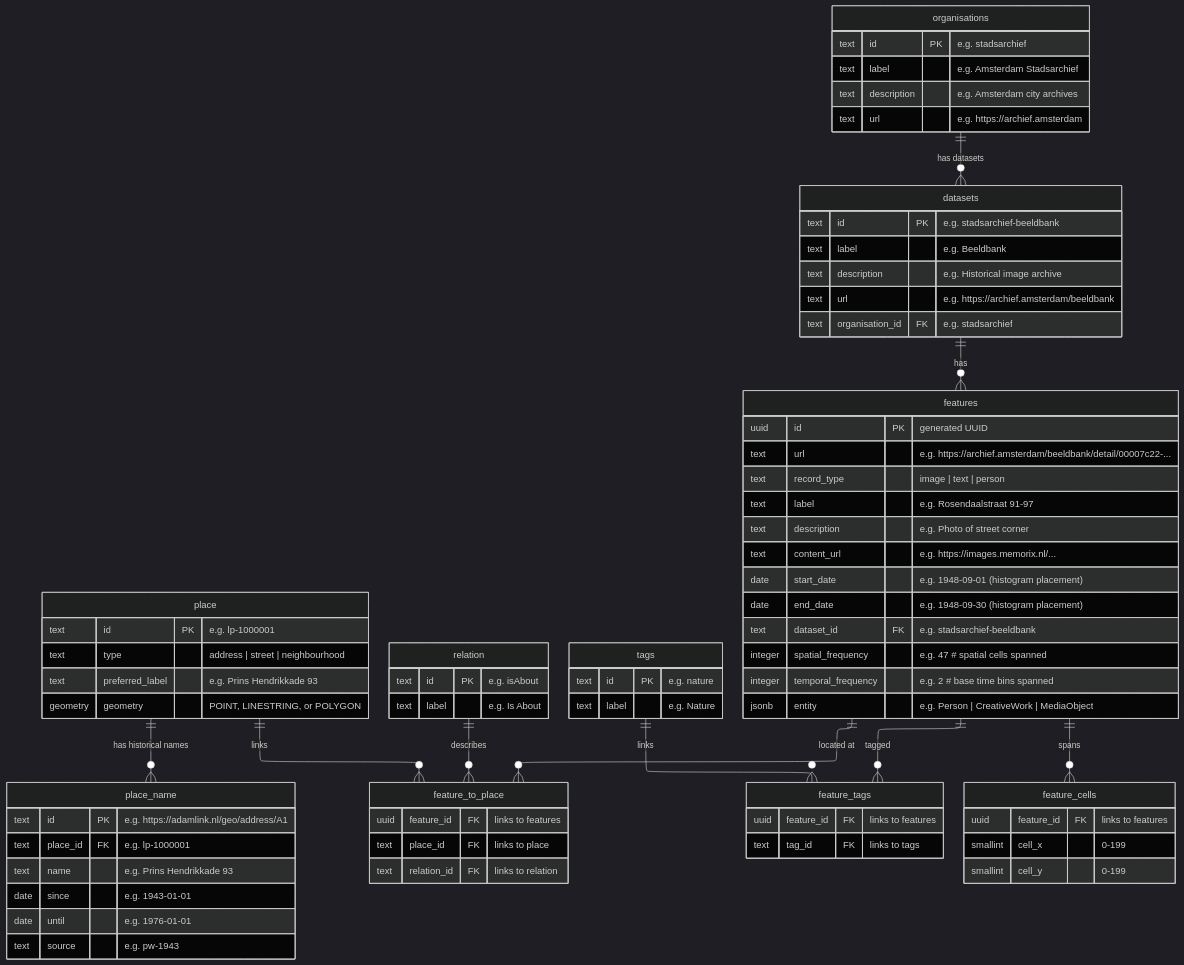
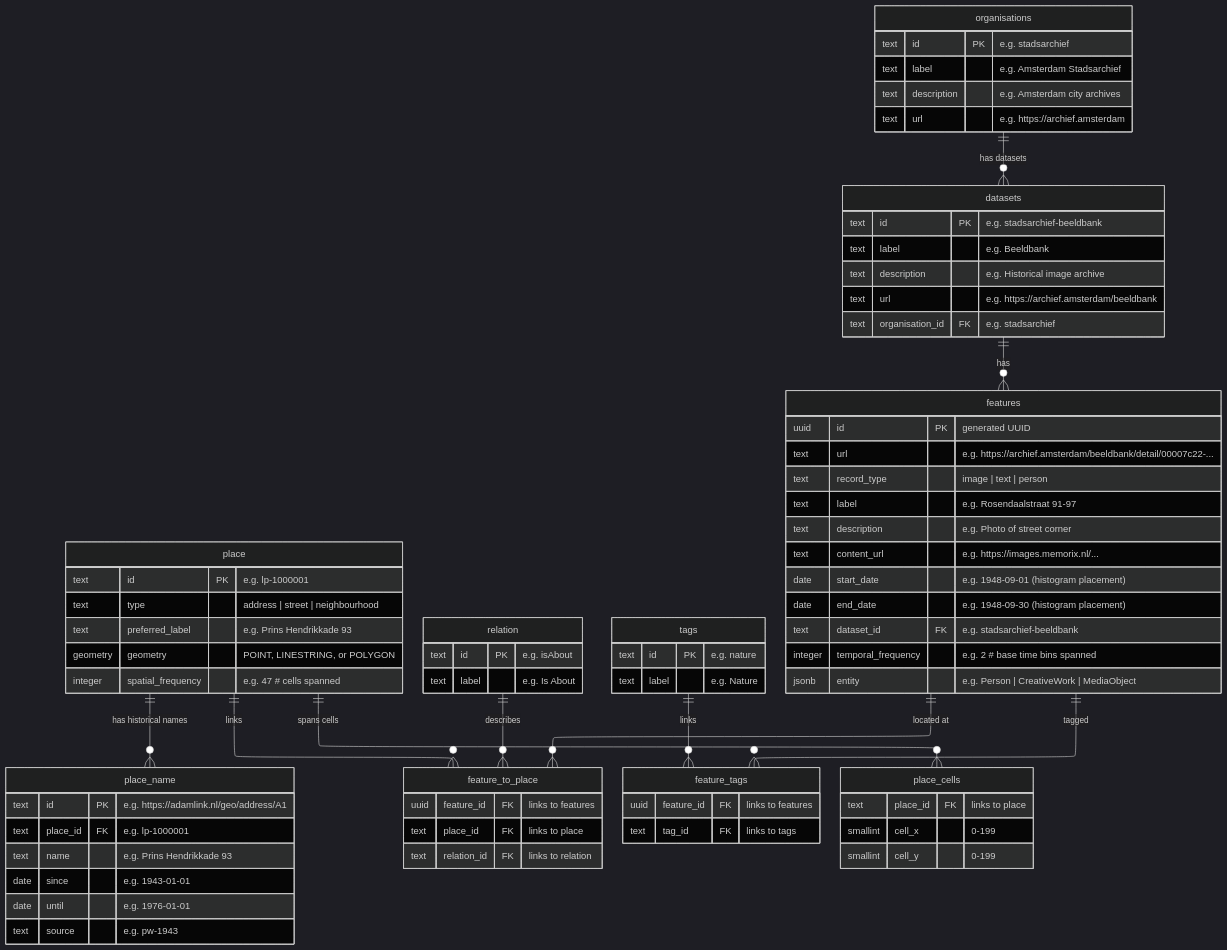
Before and after one commit to amsterdamtimemachine/data-index: the diagram in README.md, drawn with Mermaid (dark theme). The commit also changed other lines of this file and 18 other files, not shown here.

````diff
--- a/README.md
+++ b/README.md
@@ -47,6 +47,7 @@
         text type  "address | street | neighbourhood"
         text preferred_label  "e.g. Prins Hendrikkade 93"
         geometry geometry  "POINT, LINESTRING, or POLYGON"
+        integer spatial_frequency  "e.g. 47 # cells spanned"
     }
 
     place_name {
@@ -79,8 +80,8 @@
         text tag_id FK "links to tags"
     }
 
-    feature_cells {
-        uuid feature_id FK "links to features"
+    place_cells {
+        text place_id FK "links to place"
         smallint cell_x  "0-199"
         smallint cell_y  "0-199"
     }
@@ -95,7 +96,6 @@
         date start_date  "e.g. 1948-09-01 (histogram placement)"
         date end_date  "e.g. 1948-09-30 (histogram placement)"
         text dataset_id FK "e.g. stadsarchief-beeldbank"
-        integer spatial_frequency  "e.g. 47 # spatial cells spanned"
         integer temporal_frequency  "e.g. 2 # base time bins spanned"
         jsonb entity  "e.g. Person | CreativeWork | MediaObject"
     }
@@ -103,10 +103,10 @@
     organisations||--o{datasets:"has datasets"
     datasets||--o{features:"has"
     place||--o{place_name:"has historical names"
+    place||--o{place_cells:"spans cells"
     features||--o{feature_to_place:"located at"
     place||--o{feature_to_place:"links"
     relation||--o{feature_to_place:"describes"
     features||--o{feature_tags:"tagged"
     tags||--o{feature_tags:"links"
-    features||--o{feature_cells:"spans"
 ```
````
